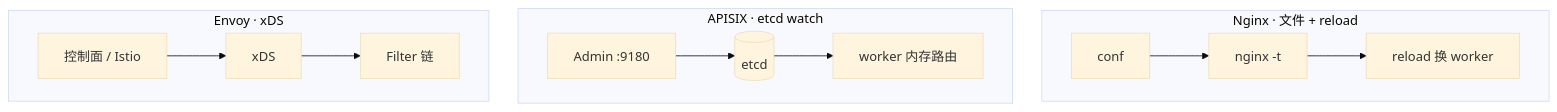
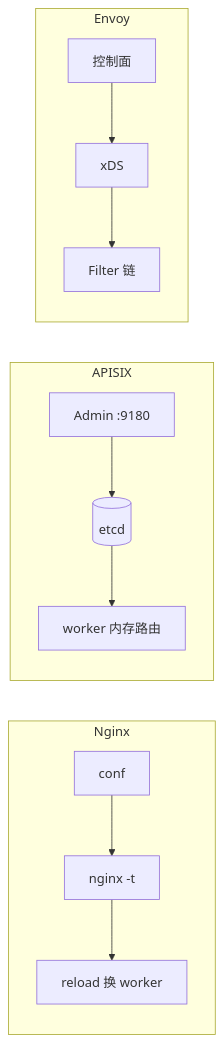
The third of 10 diagrams in 02-中间件与数据库/09-API网关与服务治理/知识点.md (ml-cuizijun/LearnToLilith), drawn with Mermaid before and after one commit. The commit also changed other lines of this file and 178 other files, not shown here.

````diff
--- a/02-中间件与数据库/09-API网关与服务治理/知识点.md
+++ b/02-中间件与数据库/09-API网关与服务治理/知识点.md
@@ -160,23 +85,12 @@
 ```mermaid
-%%{init: {"flowchart": {"padding": 16, "nodeSpacing": 36, "rankSpacing": 48}, "theme": "base"}}%%
-flowchart TB
-    subgraph nginx ["Nginx · 文件 + reload"]
-        n1[conf] --> n2[nginx -t]
-        n2 --> n3[reload 换 worker]
+flowchart LR
+    subgraph nginx ["Nginx"]
+        n1[conf] --> n2[nginx -t] --> n3[reload 换 worker]
     end
-
-    subgraph apisix ["APISIX · etcd watch"]
-        a1[Admin :9180] --> a2[(etcd)]
-        a2 --> a3[worker 内存路由]
+    subgraph apisix ["APISIX"]
+        a1[Admin :9180] --> a2[(etcd)] --> a3[worker 内存路由]
     end
-
-    subgraph envoy ["Envoy · xDS"]
-        e1[控制面 / Istio] --> e2[xDS]
-        e2 --> e3[Filter 链]
+    subgraph envoy ["Envoy"]
+        e1[控制面] --> e2[xDS] --> e3[Filter 链]
     end
-
-    class n1,n2,n3 a
-    class a1,a2,a3 b
-    class e1,e2,e3 c
-
 ```
````
